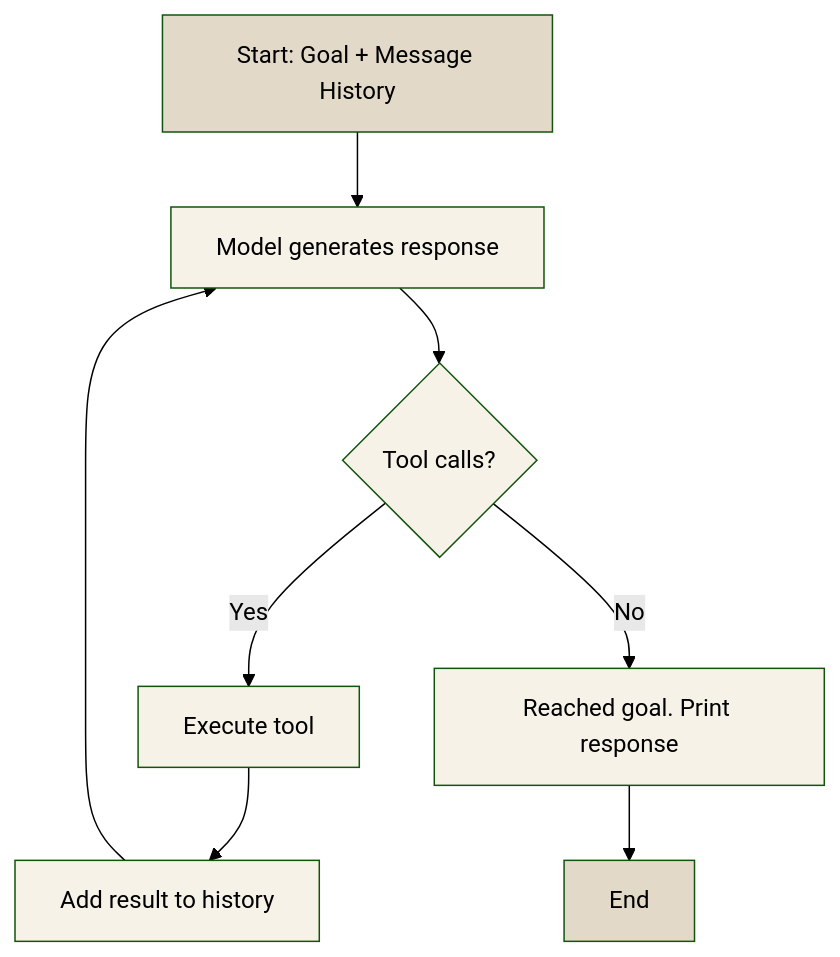
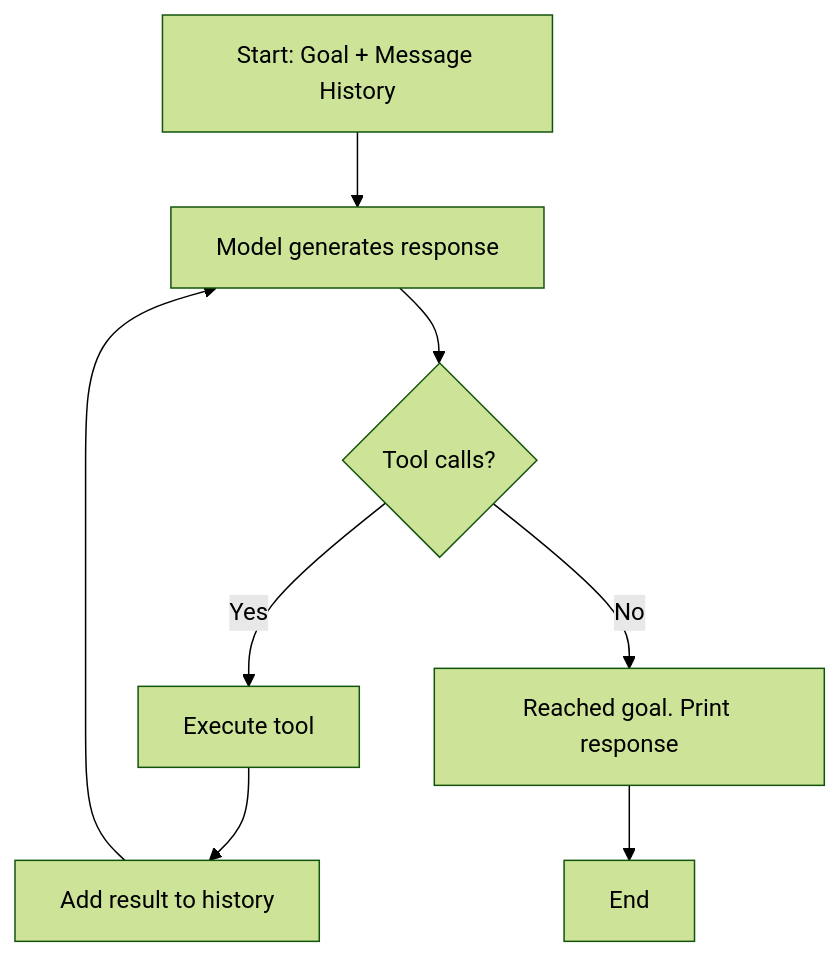
One commit to ParthSareen/parthsareen.github.io changed the diagram in content/posts/building-reliable-ai-agents.md. Above: the diagram before and after it, drawn with Mermaid (forest theme). The commit also changed other lines of this file and 15 other files, not shown here.

Commit message:
chore: refine writing navigation and diagrams

````diff
--- a/content/posts/building-reliable-ai-agents.md
+++ b/content/posts/building-reliable-ai-agents.md
@@ -41,18 +41,10 @@
 ```mermaid
 graph TD
     A[Start: Goal + Message History] --> B[Model generates response]
     B --> C{Tool calls?}
     C -->|Yes| D[Execute tool]
     D --> E[Add result to history]
     E --> B
     C -->|No| F[Reached goal. Print response]
     F --> G[End]
-    
-    style A fill:#e2d9c9
-    style G fill:#e2d9c9
-    style B fill:#f6f2e8
-    style C fill:#f6f2e8
-    style D fill:#f6f2e8
-    style E fill:#f6f2e8
-    style F fill:#f6f2e8
 ```
````
